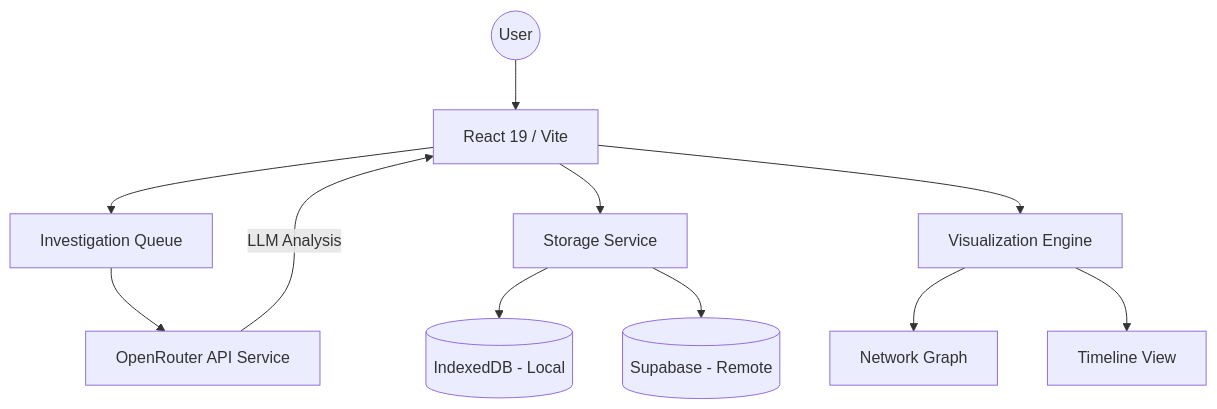
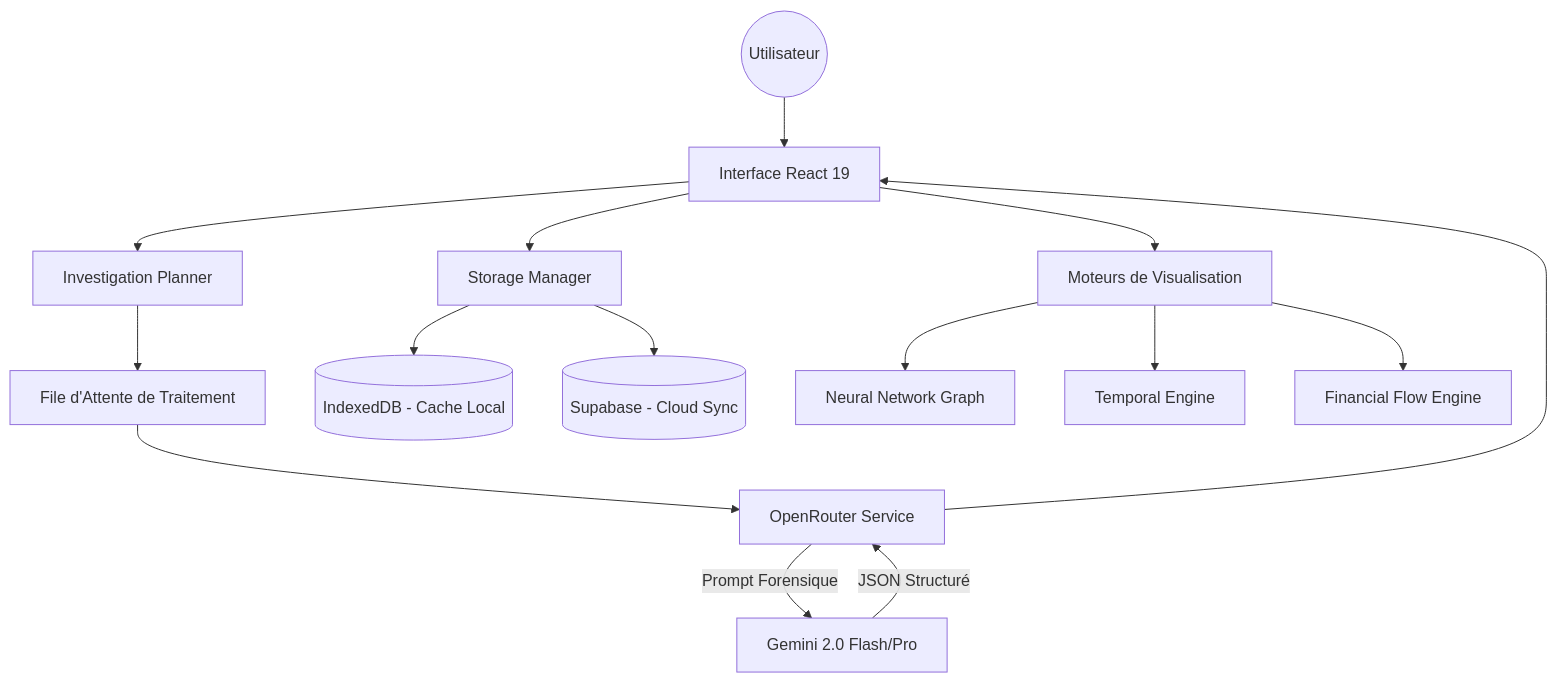
One commit to moonback/jeffrey-epstein-judiciaires changed the diagram in ARCHITECTURE.md. Above: the diagram before and after it, drawn with Mermaid. The commit also changed other lines of this file and 6 other files, not shown here.

Commit message:
docs: Translate and expand project documentation, including API, architecture, and other guides.

````diff
--- a/ARCHITECTURE.md
+++ b/ARCHITECTURE.md
@@ -9,15 +13,20 @@
 ```mermaid
 graph TD
-    User((User)) --> UI[React 19 / Vite]
-    UI --> Queue[Investigation Queue]
-    Queue --> OR[OpenRouter API Service]
-    OR -- LLM Analysis --> UI
+    User((Utilisateur)) --> UI[Interface React 19]
+    UI --> Planner[Investigation Planner]
+    Planner --> Queue[File d'Attente de Traitement]
     
-    UI --> Storage[Storage Service]
-    Storage --> IDB[(IndexedDB - Local)]
-    Storage --> SUPA[(Supabase - Remote)]
+    Queue --> IA_Service[OpenRouter Service]
+    IA_Service -- Prompt Forensique --> Gemini[Gemini 2.0 Flash/Pro]
+    Gemini -- JSON Structuré --> IA_Service
+    IA_Service --> UI
     
-    UI --> Viz[Visualization Engine]
-    Viz --> Graph[Network Graph]
-    Viz --> Timeline[Timeline View]
+    UI --> Storage[Storage Manager]
+    Storage --> IDB[(IndexedDB - Cache Local)]
+    Storage --> Supabase[(Supabase - Cloud Sync)]
+    
+    UI --> Viz[Moteurs de Visualisation]
+    Viz --> Graph[Neural Network Graph]
+    Viz --> Timeline[Temporal Engine]
+    Viz --> Finance[Financial Flow Engine]
 ```
````
